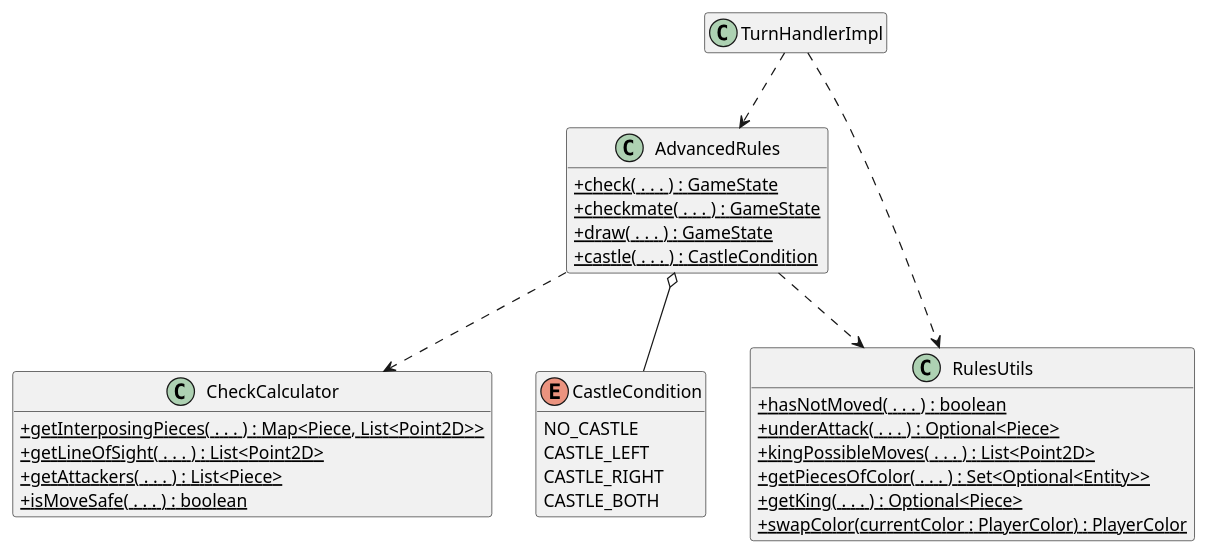
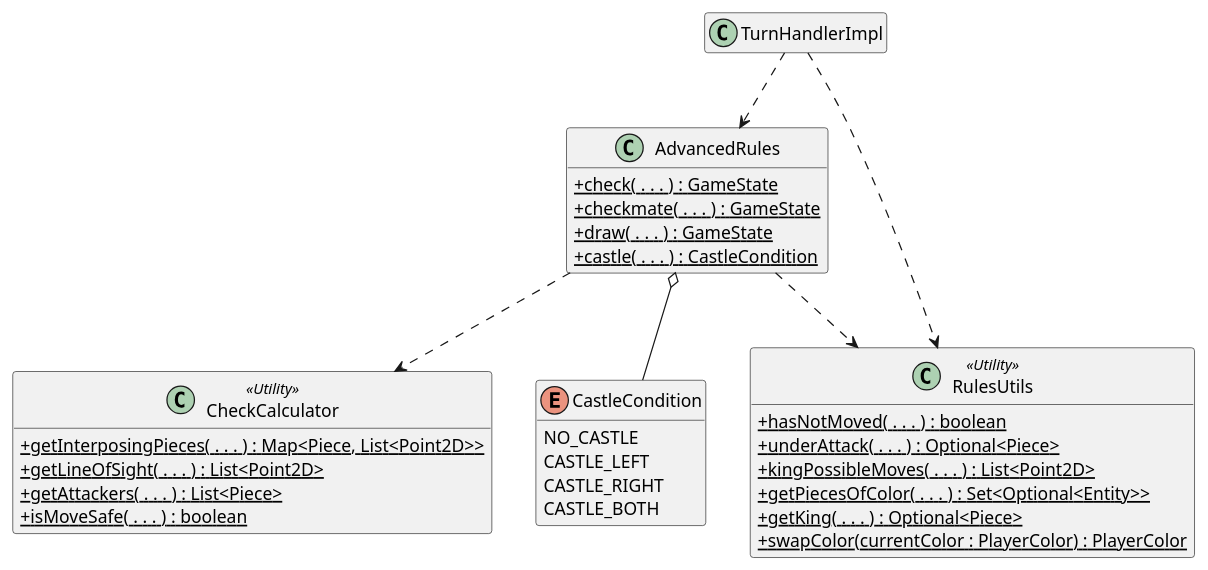
One commit to Turbo-Chess/Turbo-Chess changed the diagram in docs/AdvancedRules.puml. Above: the diagram before and after it, drawn with PlantUML.

Commit message:
Another change to puml

```diff
--- a/docs/AdvancedRules.puml
+++ b/docs/AdvancedRules.puml
@@ -1,43 +1,43 @@
 @startuml AdvancedRules
 
 skinparam classAttributeIconSize 0
 hide empty fields
 hide empty method
 
 class AdvancedRules {
     +{static}check( . . . ) : GameState
     +{static}checkmate( . . . ) : GameState
     +{static}draw( . . . ) : GameState
     +{static}castle( . . . ) : CastleCondition
 }
 
-class CheckCalculator {
+class CheckCalculator <<Utility>> {
     +{static}getInterposingPieces( . . . ) : Map<Piece, List<Point2D>>
     +{static}getLineOfSight( . . . ) : List<Point2D>
     +{static}getAttackers( . . . ) : List<Piece>
     +{static}isMoveSafe( . . . ) : boolean
 }
 
-class RulesUtils {
+class RulesUtils <<Utility>> {
     +{static}hasNotMoved( . . . ) : boolean
     +{static}underAttack( . . . ) : Optional<Piece>
     +{static}kingPossibleMoves( . . . ) : List<Point2D>
     +{static}getPiecesOfColor( . . . ) : Set<Optional<Entity>>
     +{static}getKing( . . . ) : Optional<Piece>
     +{static}swapColor(currentColor : PlayerColor) : PlayerColor 
 }
 
 enum CastleCondition {
     NO_CASTLE
     CASTLE_LEFT
     CASTLE_RIGHT
     CASTLE_BOTH
 }
 class TurnHandlerImpl
 TurnHandlerImpl ..> AdvancedRules
 TurnHandlerImpl ..> RulesUtils
 AdvancedRules ..> CheckCalculator
 AdvancedRules o-- CastleCondition
 AdvancedRules ..> RulesUtils
 
 @enduml
```
